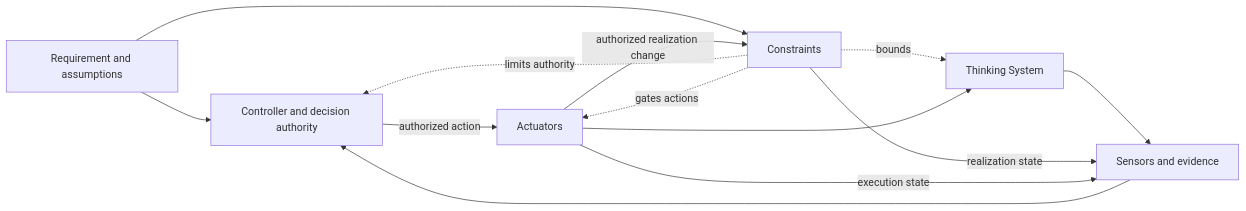
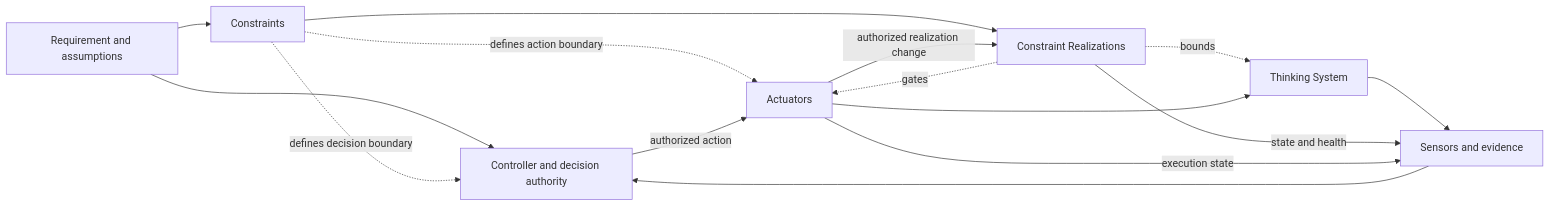
Before and after one commit to UncertaintyArchitectureGroup/uncertainty-architecture: the third of 3 diagrams in 00-doctrine/nested-control-lifecycle.md, drawn with Mermaid. The commit also changed other lines of this file, not shown here.

Commit message:
docs: preserve Constraint and Realization distinction across lifecycle diagrams

````diff
--- a/00-doctrine/nested-control-lifecycle.md
+++ b/00-doctrine/nested-control-lifecycle.md
@@ -262,22 +202,25 @@
 ```mermaid
 flowchart LR
     REF[Requirement and assumptions]
     K[Constraints]
+    KR[Constraint Realizations]
     P[Thinking System]
     S[Sensors and evidence]
     C[Controller and decision authority]
     A[Actuators]
 
     REF --> C
     REF --> K
-    K -. bounds .-> P
-    K -. limits authority .-> C
-    K -. gates actions .-> A
+    K --> KR
+    K -. defines decision boundary .-> C
+    K -. defines action boundary .-> A
+    KR -. bounds .-> P
+    KR -. gates .-> A
     P --> S
-    K -->|realization state| S
+    KR -->|state and health| S
     A -->|execution state| S
     S --> C
     C -->|authorized action| A
     A --> P
-    A -->|authorized realization change| K
+    A -->|authorized realization change| KR
 ```
````
